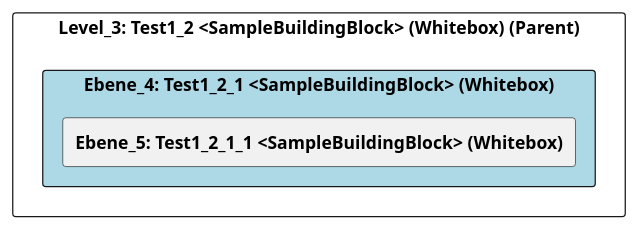
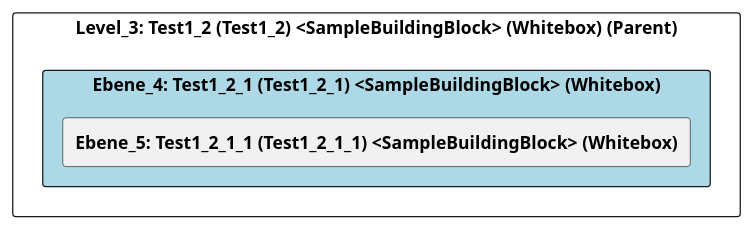
One commit to marcozwyssig/cleon changed the diagram in src/cleon.architecturemethods.arc42.sample/doc/cleon_architecturemethods_arc42_sample_arc42/adoc/de/05_bausteinsicht/chess/test1/test1_2/test1_2_1/ebene_4_test1_2_1.adoc. Above: the diagram before and after it, drawn with PlantUML. The commit also changed other lines of this file and 166 other files, not shown here.

```diff
--- a/src/cleon.architecturemethods.arc42.sample/doc/cleon_architecturemethods_arc42_sample_arc42/adoc/de/05_bausteinsicht/chess/test1/test1_2/test1_2_1/ebene_4_test1_2_1.adoc
+++ b/src/cleon.architecturemethods.arc42.sample/doc/cleon_architecturemethods_arc42_sample_arc42/adoc/de/05_bausteinsicht/chess/test1/test1_2/test1_2_1/ebene_4_test1_2_1.adoc
@@ -20,26 +20,26 @@
-[plantuml, Ebene_4: Test1_2_1 <SampleBuildingBlock> (Whitebox)BlockOverview, format="svg"]
+[plantuml, Ebene_4: Test1_2_1 (Test1_2_1) <SampleBuildingBlock> (Whitebox)BlockOverview, format="svg"]
 ----
-@startuml Ebene_4: Test1_2_1 <SampleBuildingBlock> (Whitebox)BuildingBlockOverview
+@startuml Ebene_4: Test1_2_1 (Test1_2_1) <SampleBuildingBlock> (Whitebox)BuildingBlockOverview
 
 skinparam ranksep 10
 skinparam componentStyle rectangle
 skinparam shadowing false
 skinparam arrowColor lightblue
 skinparam arrowThickness 1.2
 skinparam rectangle {
   BackgroundColor White
   BorderColor #333
   RoundCorner 10
 }
 top to bottom direction
 
-component "Level_3: Test1_2 <SampleBuildingBlock> (Whitebox) (Parent)" {
-    component "Ebene_4: Test1_2_1 <SampleBuildingBlock> (Whitebox)" #lightblue {
-        [**Ebene_5: Test1_2_1_1 <SampleBuildingBlock> (Whitebox)**] as 7F52B647_D579_11EE_903E_9F564E4DE07E
+component "Level_3: Test1_2 (Test1_2) <SampleBuildingBlock> (Whitebox) (Parent)" {
+    component "Ebene_4: Test1_2_1 (Test1_2_1) <SampleBuildingBlock> (Whitebox)" #lightblue {
+        [**Ebene_5: Test1_2_1_1 (Test1_2_1_1) <SampleBuildingBlock> (Whitebox)**] as 7F52B647_D579_11EE_903E_9F564E4DE07E
     }
 
     
 }
 
 @enduml
 ----
```
